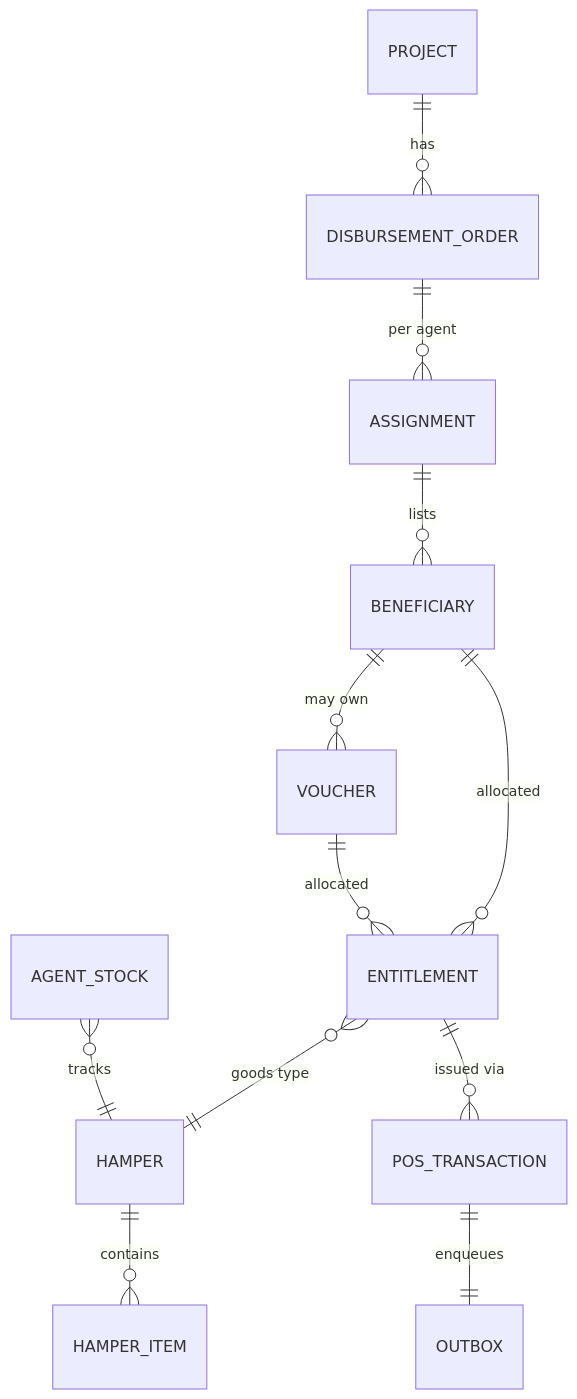
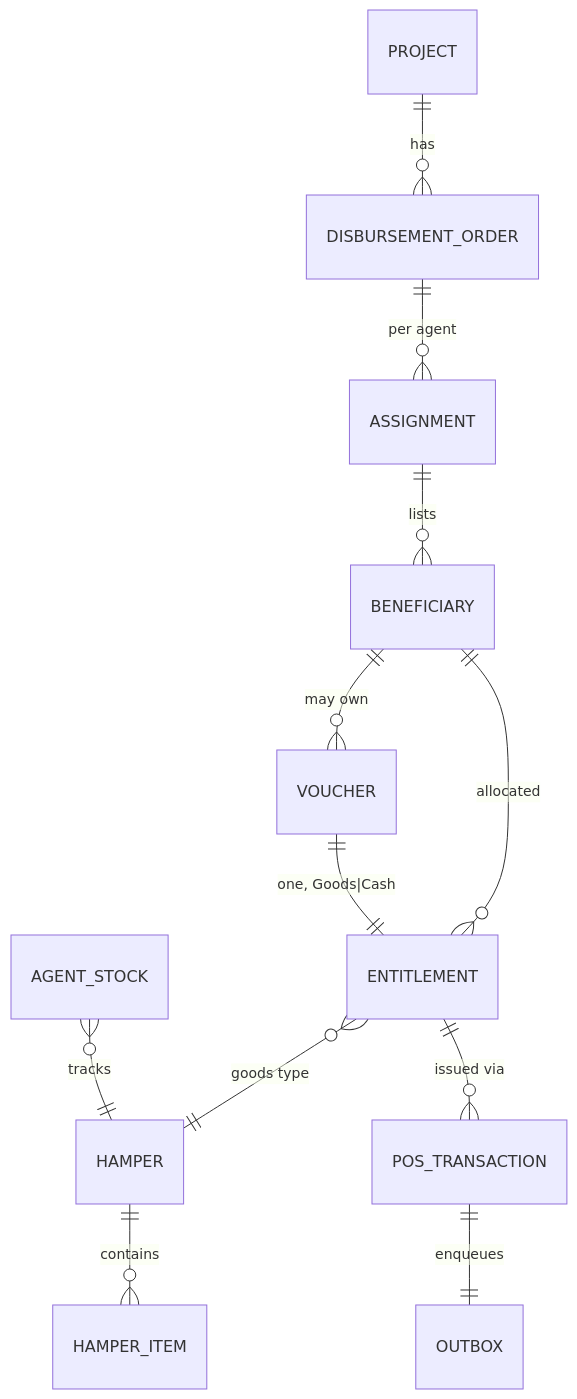
Before and after one commit to navariltd/nppos_mobile: the second of 3 diagrams in docs/ARCHITECTURE.md, drawn with Mermaid. The commit also changed other lines of this file and 12 other files, not shown here.

Commit message:
fix(drizzle): make voucher to be single-entitlement and can carry exatly one (cash or hamper)

````diff
--- a/docs/ARCHITECTURE.md
+++ b/docs/ARCHITECTURE.md
@@ -60,14 +60,14 @@
 ```mermaid
 erDiagram
     PROJECT ||--o{ DISBURSEMENT_ORDER : has
     DISBURSEMENT_ORDER ||--o{ ASSIGNMENT : "per agent"
     ASSIGNMENT ||--o{ BENEFICIARY : lists
     BENEFICIARY ||--o{ ENTITLEMENT : allocated
-    VOUCHER ||--o{ ENTITLEMENT : allocated
+    VOUCHER ||--|| ENTITLEMENT : "one, Goods|Cash"
     BENEFICIARY ||--o{ VOUCHER : "may own"
     HAMPER ||--o{ HAMPER_ITEM : contains
     ENTITLEMENT }o--|| HAMPER : "goods type"
     ENTITLEMENT ||--o{ POS_TRANSACTION : "issued via"
     POS_TRANSACTION ||--|| OUTBOX : enqueues
     AGENT_STOCK }o--|| HAMPER : tracks
 ```
````
